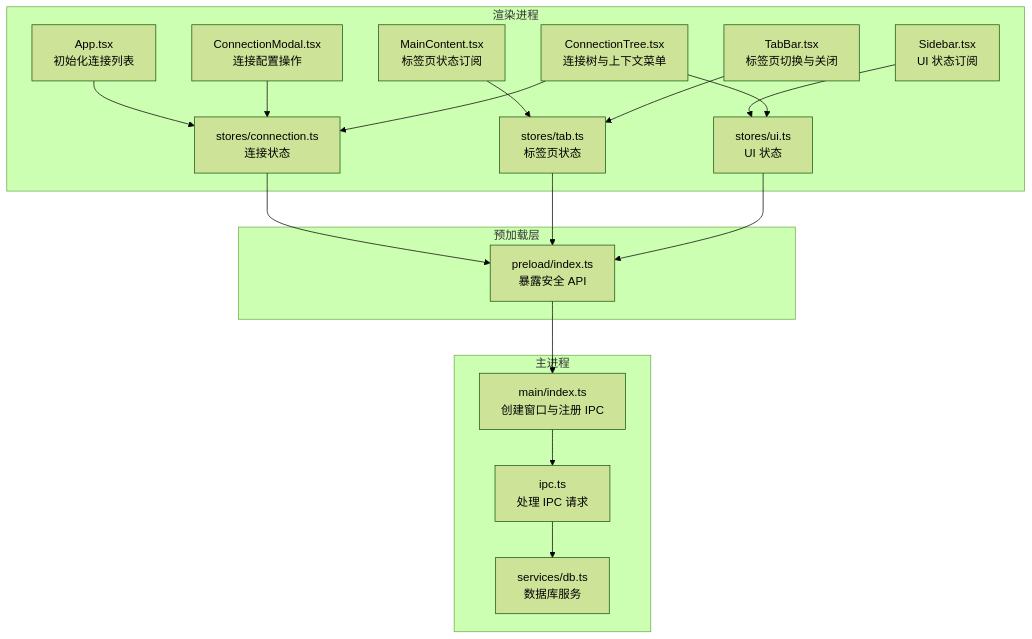
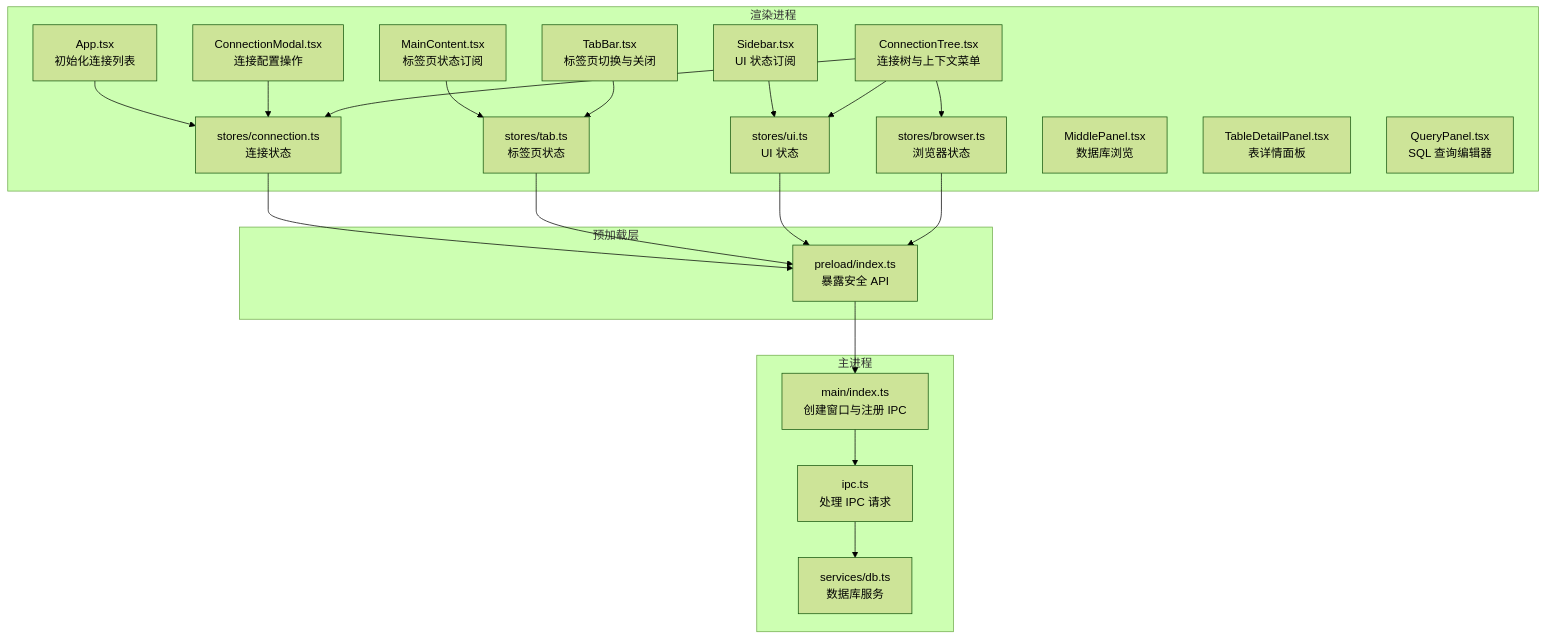
Before and after one commit to wwenbo2048/nexsql: the first of 8 diagrams in .qoder/repowiki/zh/content/状态管理/Zustand 集成与最佳实践.md, drawn with Mermaid (forest theme). The commit also changed other lines of this file and 19 other files, not shown here.

````diff
--- a/.qoder/repowiki/zh/content/状态管理/Zustand 集成与最佳实践.md
+++ b/.qoder/repowiki/zh/content/状态管理/Zustand 集成与最佳实践.md
@@ -48,35 +62,41 @@
 ```mermaid
 graph TB
 subgraph "渲染进程"
 A["App.tsx<br/>初始化连接列表"]
 B["Sidebar.tsx<br/>UI 状态订阅"]
 C["MainContent.tsx<br/>标签页状态订阅"]
 D["ConnectionModal.tsx<br/>连接配置操作"]
 E["ConnectionTree.tsx<br/>连接树与上下文菜单"]
 F["TabBar.tsx<br/>标签页切换与关闭"]
 G["stores/connection.ts<br/>连接状态"]
 H["stores/tab.ts<br/>标签页状态"]
 I["stores/ui.ts<br/>UI 状态"]
+J["stores/browser.ts<br/>浏览器状态"]
+K["MiddlePanel.tsx<br/>数据库浏览"]
+L["TableDetailPanel.tsx<br/>表详情面板"]
+M["QueryPanel.tsx<br/>SQL 查询编辑器"]
 end
 subgraph "预加载层"
 P["preload/index.ts<br/>暴露安全 API"]
 end
 subgraph "主进程"
-J["main/index.ts<br/>创建窗口与注册 IPC"]
-K["ipc.ts<br/>处理 IPC 请求"]
-L["services/db.ts<br/>数据库服务"]
+N["main/index.ts<br/>创建窗口与注册 IPC"]
+O["ipc.ts<br/>处理 IPC 请求"]
+Q["services/db.ts<br/>数据库服务"]
 end
 A --> G
 B --> I
 C --> H
 D --> G
 E --> G
 E --> I
+E --> J
 F --> H
 G --> P
 H --> P
 I --> P
-P --> J
-J --> K
-K --> L
+J --> P
+P --> N
+N --> O
+O --> Q
 ```
````
